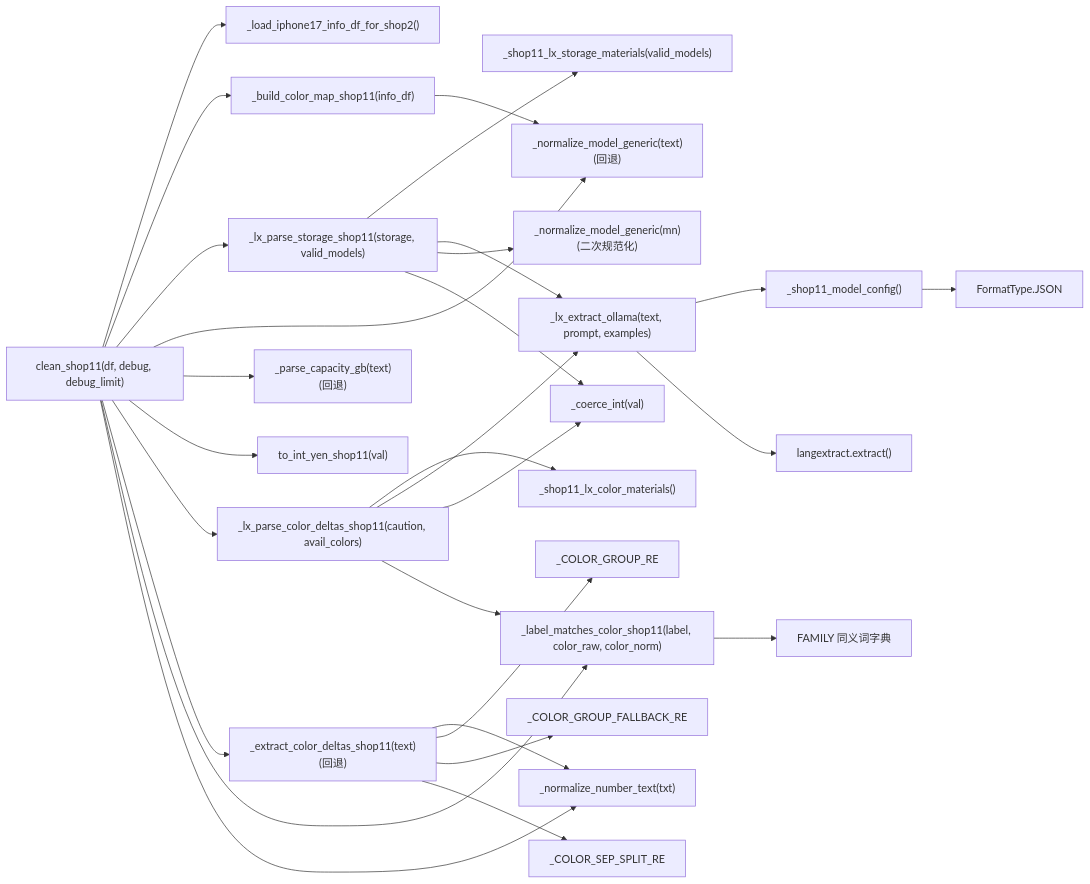
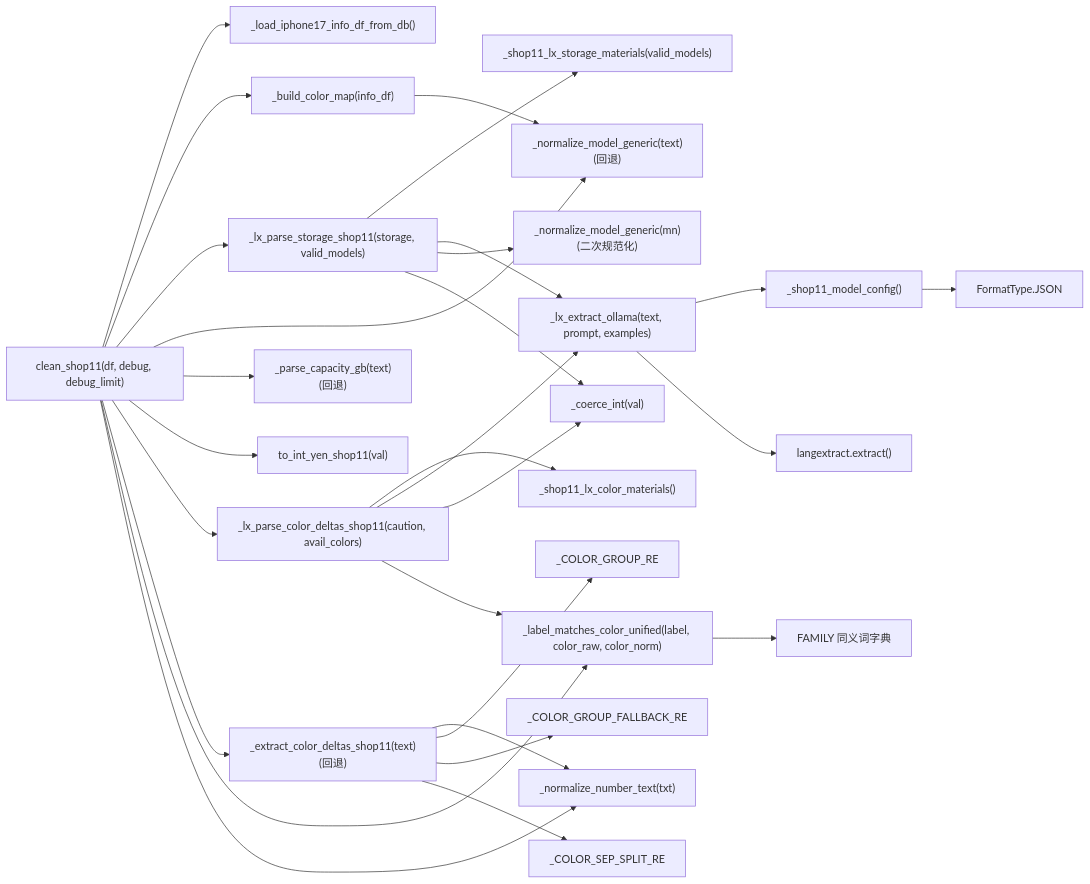
Before and after one commit to zhujiansamuel/YamagotiProjects: the second of 12 diagrams in doc_shop/shop11_cleaner.md, drawn with Mermaid. The commit also changed other lines of this file and 44 other files, not shown here.

````diff
--- a/doc_shop/shop11_cleaner.md
+++ b/doc_shop/shop11_cleaner.md
@@ -63,38 +63,38 @@
 ```mermaid
 flowchart LR
     clean["clean_shop11(df, debug, debug_limit)"]
 
-    clean --> load["_load_iphone17_info_df_for_shop2()"]
-    clean --> buildcm["_build_color_map_shop11(info_df)"]
+    clean --> load["_load_iphone17_info_df_from_db()"]
+    clean --> buildcm["_build_color_map(info_df)"]
     clean --> lxstorage["_lx_parse_storage_shop11(storage, valid_models)"]
     clean --> normmod["_normalize_model_generic(text)\n(回退)"]
     clean --> parsecap["_parse_capacity_gb(text)\n(回退)"]
     clean --> toint["to_int_yen_shop11(val)"]
     clean --> lxcolor["_lx_parse_color_deltas_shop11(caution, avail_colors)"]
     clean --> regexdelta["_extract_color_deltas_shop11(text)\n(回退)"]
-    clean --> labelmatch["_label_matches_color_shop11(label, color_raw, color_norm)"]
+    clean --> labelmatch["_label_matches_color_unified(label, color_raw, color_norm)"]
     clean --> normnum["_normalize_number_text(txt)"]
 
     lxstorage --> storemats["_shop11_lx_storage_materials(valid_models)"]
     lxstorage --> lxextract["_lx_extract_ollama(text, prompt, examples)"]
     lxstorage --> normmod2["_normalize_model_generic(mn)\n(二次规范化)"]
     lxstorage --> coerce["_coerce_int(val)"]
 
     lxcolor --> colormats["_shop11_lx_color_materials()"]
     lxcolor --> lxextract
     lxcolor --> coerce
     lxcolor --> labelmatch
 
     lxextract --> modelcfg["_shop11_model_config()"]
     lxextract --> lxlib["langextract.extract()"]
 
     modelcfg --> formatjson["FormatType.JSON"]
 
     regexdelta --> normnum
     regexdelta --> colorgrp["_COLOR_GROUP_RE"]
     regexdelta --> colorfb["_COLOR_GROUP_FALLBACK_RE"]
     regexdelta --> colorsep["_COLOR_SEP_SPLIT_RE"]
 
     buildcm --> normmod
     labelmatch --> family["FAMILY 同义词字典"]
 ```
````
